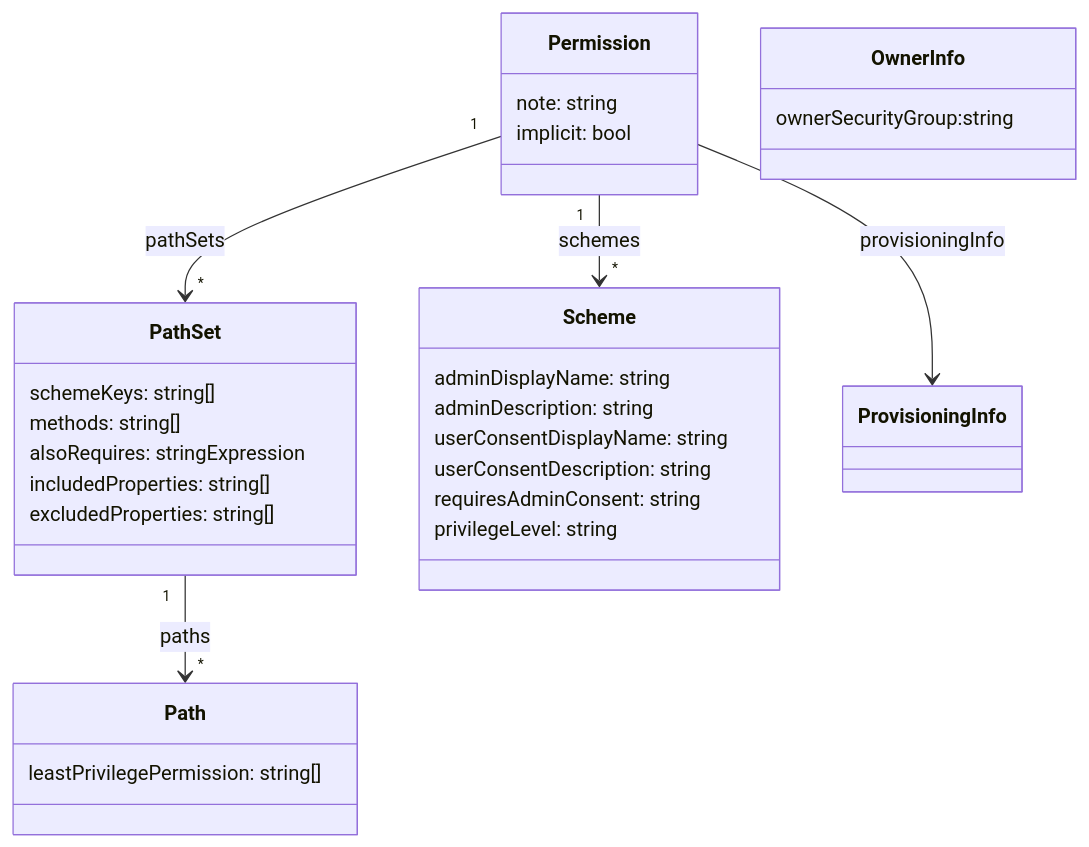
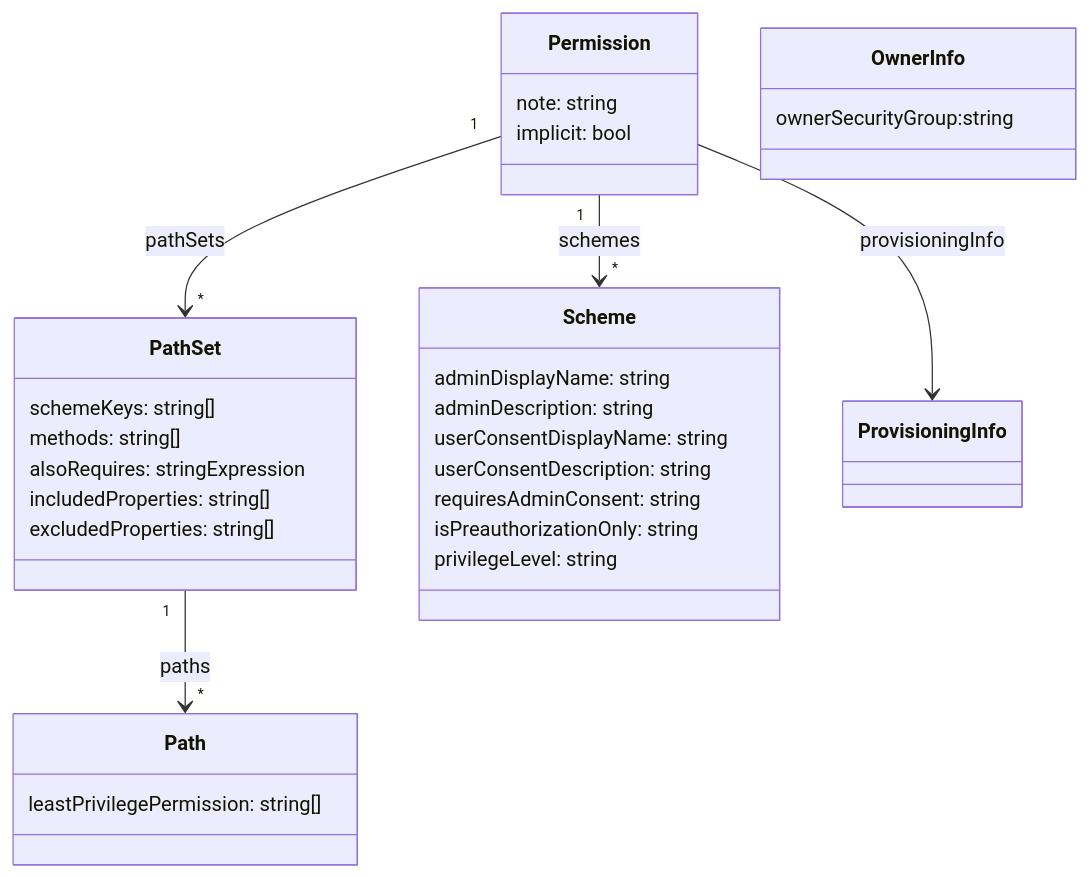
One commit to microsoftgraph/kibali changed the diagram in specs/permissions.md. Above: the diagram before and after it, drawn with Mermaid. The commit also changed other lines of this file, not shown here.

First line of the commit message:
Update permissions.md with isPreauthorizationOnly property (#68)

````diff
--- a/specs/permissions.md
+++ b/specs/permissions.md
@@ -190,38 +195,39 @@
 ```mermaid
 classDiagram
 
     class Permission{
         note: string
         implicit: bool
     }
     Permission "1" --> "*" PathSet:pathSets
     Permission "1" --> "*" Scheme:schemes
     Permission  -->  ProvisioningInfo:provisioningInfo
 
     class OwnerInfo {
         ownerSecurityGroup:string
     }
 
     class PathSet{
         schemeKeys: string[]     
         methods: string[] 
         alsoRequires: stringExpression 
         includedProperties: string[]     
         excludedProperties: string[]     
     }
     PathSet "1" --> "*" Path:paths
 
     class Path{
         leastPrivilegePermission: string[]
     }
 
     class Scheme{
         adminDisplayName: string
         adminDescription: string
         userConsentDisplayName: string
         userConsentDescription: string
         requiresAdminConsent: string
+	isPreauthorizationOnly: string
         privilegeLevel: string
     }
 
 ```
````
